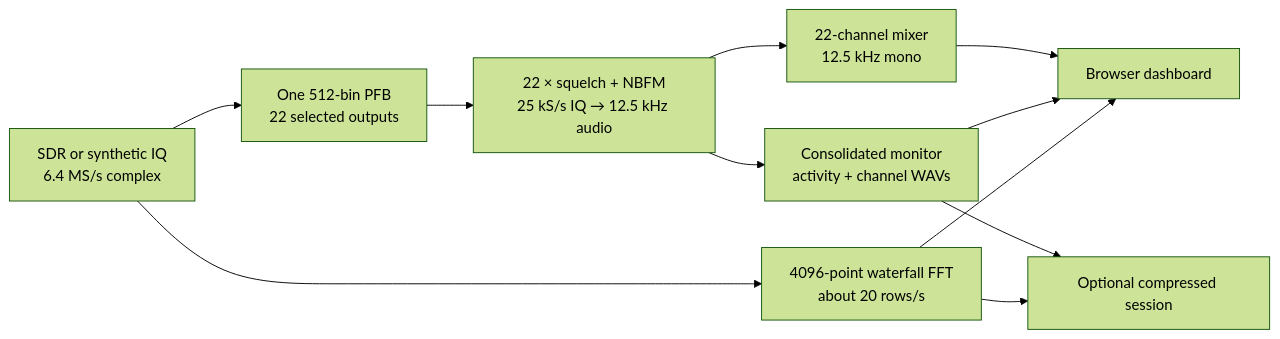
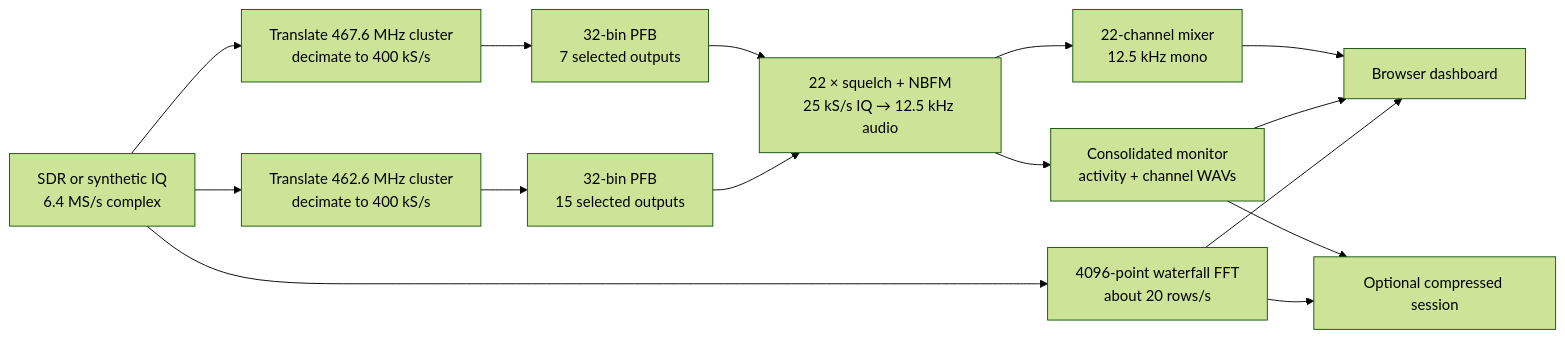
Before and after one commit to graniteset/frs-monitor-simple: the diagram in README.md, drawn with Mermaid (forest theme). The commit also changed other lines of this file and 89 other files, not shown here.

````diff
--- a/README.md
+++ b/README.md
@@ -189,13 +199,17 @@
 ```mermaid
 flowchart LR
-    RF["SDR or synthetic IQ<br/>6.4 MS/s complex"] --> PFB["One 512-bin PFB<br/>22 selected outputs"]
+    RF["SDR or synthetic IQ<br/>6.4 MS/s complex"] --> LOW["Translate 462.6 MHz cluster<br/>decimate to 400 kS/s"]
+    RF --> HIGH["Translate 467.6 MHz cluster<br/>decimate to 400 kS/s"]
     RF --> FFT["4096-point waterfall FFT<br/>about 20 rows/s"]
-    PFB --> BANK["22 × squelch + NBFM<br/>25 kS/s IQ → 12.5 kHz audio"]
+    LOW --> PFB1["32-bin PFB<br/>15 selected outputs"]
+    HIGH --> PFB2["32-bin PFB<br/>7 selected outputs"]
+    PFB1 --> BANK["22 × squelch + NBFM<br/>25 kS/s IQ → 12.5 kHz audio"]
+    PFB2 --> BANK
     BANK --> MON["Consolidated monitor<br/>activity + channel WAVs"]
     BANK --> MIX["22-channel mixer<br/>12.5 kHz mono"]
     FFT --> WEB["Browser dashboard"]
     MON --> WEB
     MIX --> WEB
     FFT --> SESSION["Optional compressed session"]
     MON --> SESSION
 ```
````
